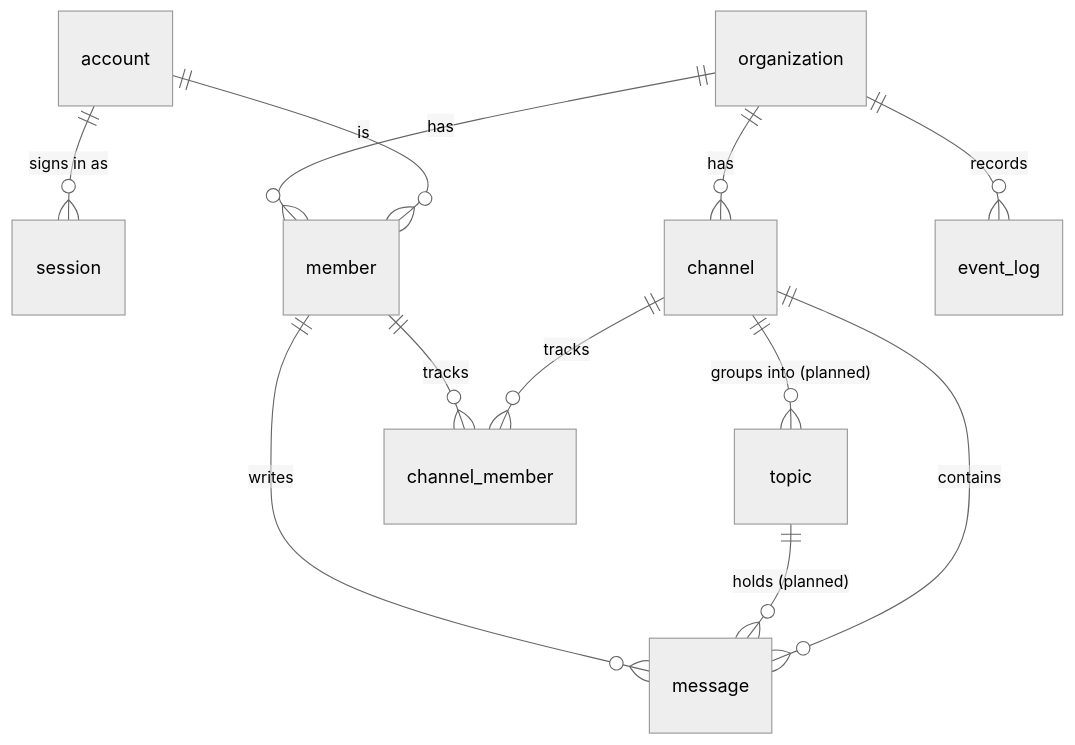
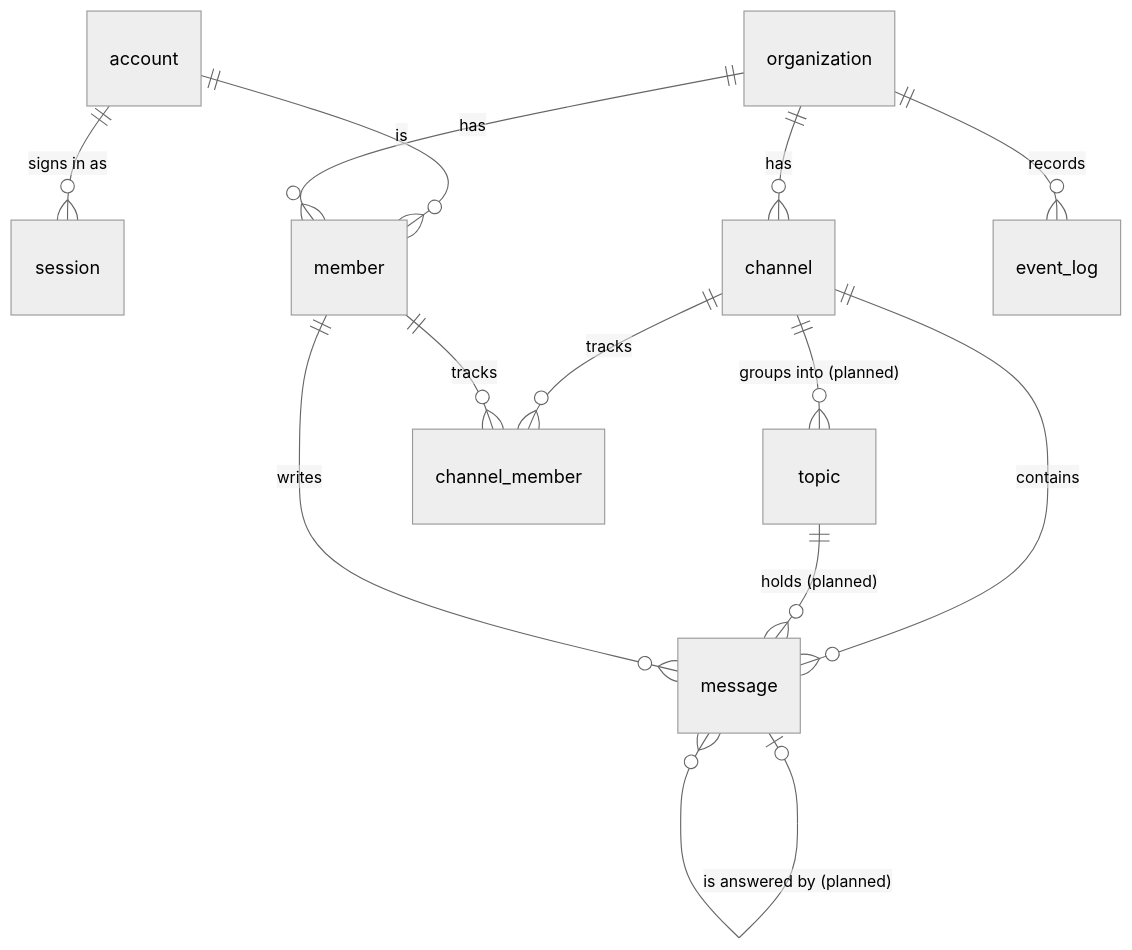
The diagram in docs/domain/README.md (tkakkie/ribbitto), drawn with Mermaid (neutral theme) before and after one commit. The commit also changed other lines of this file and 4 other files, not shown here.

````diff
--- a/docs/domain/README.md
+++ b/docs/domain/README.md
@@ -53,14 +56,15 @@
 ```mermaid
 erDiagram
   account ||--o{ session : "signs in as"
   account ||--o{ member : "is"
   organization ||--o{ member : "has"
   organization ||--o{ channel : "has"
   organization ||--o{ event_log : "records"
   channel ||--o{ message : "contains"
+  message |o--o{ message : "is answered by (planned)"
   channel ||--o{ topic : "groups into (planned)"
   topic ||--o{ message : "holds (planned)"
   member ||--o{ message : "writes"
   channel ||--o{ channel_member : "tracks"
   member ||--o{ channel_member : "tracks"
 ```
````
